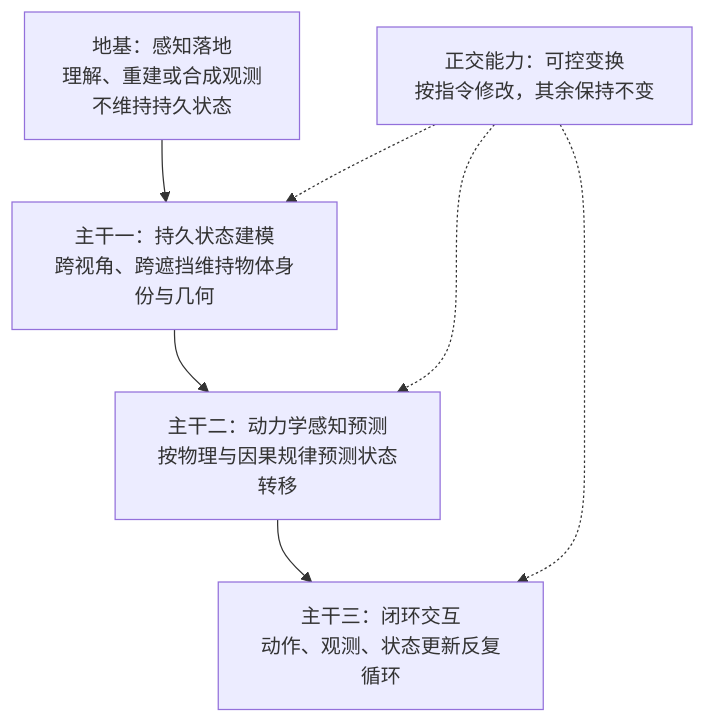
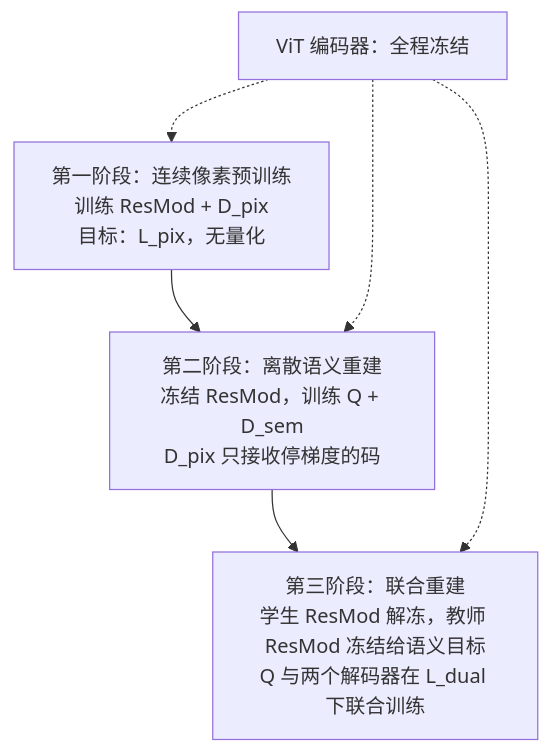
The third of 4 diagrams in docs/index.md (yingwang/paper-reads), drawn with Mermaid before and after one commit. The commit also changed other lines of this file and 2 other files, not shown here.

````diff
--- a/docs/index.md
+++ b/docs/index.md
@@ -170,9 +163,9 @@
 ```mermaid
-flowchart TD
-    A["地基：感知落地<br/>理解、重建或合成观测<br/>不维持持久状态"] --> B["主干一：持久状态建模<br/>跨视角、跨遮挡维持物体身份与几何"]
-    B --> C["主干二：动力学感知预测<br/>按物理与因果规律预测状态转移"]
-    C --> D["主干三：闭环交互<br/>动作、观测、状态更新反复循环"]
-    E["正交能力：可控变换<br/>按指令修改，其余保持不变"] -.-> B
-    E -.-> C
-    E -.-> D
+flowchart TB
+    S1["第一阶段：连续像素预训练<br/>训练 ResMod + D_pix<br/>目标：L_pix，无量化"] --> S2
+    S2["第二阶段：离散语义重建<br/>冻结 ResMod，训练 Q + D_sem<br/>D_pix 只接收停梯度的码"] --> S3
+    S3["第三阶段：联合重建<br/>学生 ResMod 解冻，教师 ResMod 冻结给语义目标<br/>Q 与两个解码器在 L_dual 下联合训练"]
+    E["ViT 编码器：全程冻结"] -.-> S1
+    E -.-> S2
+    E -.-> S3
 ```
````
